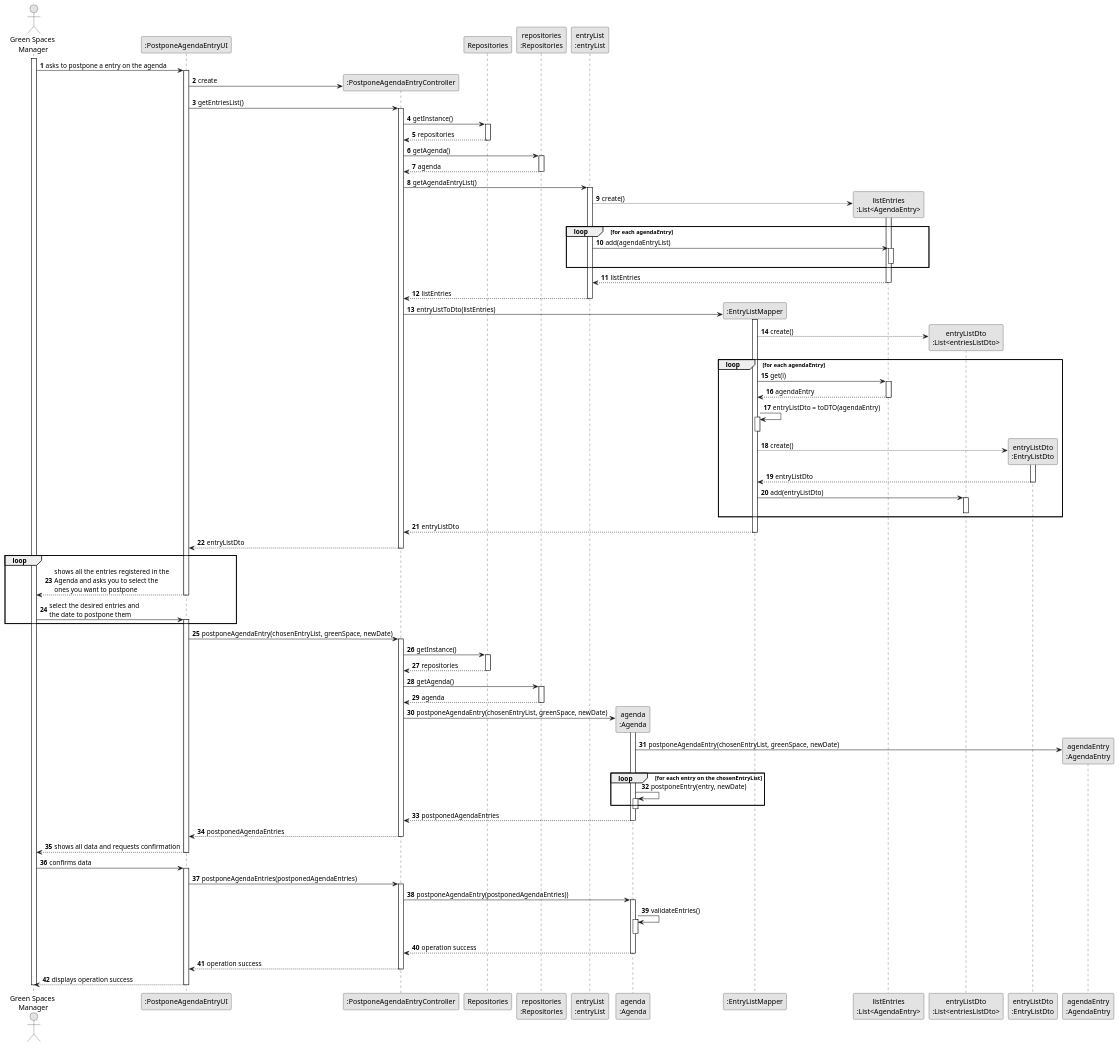
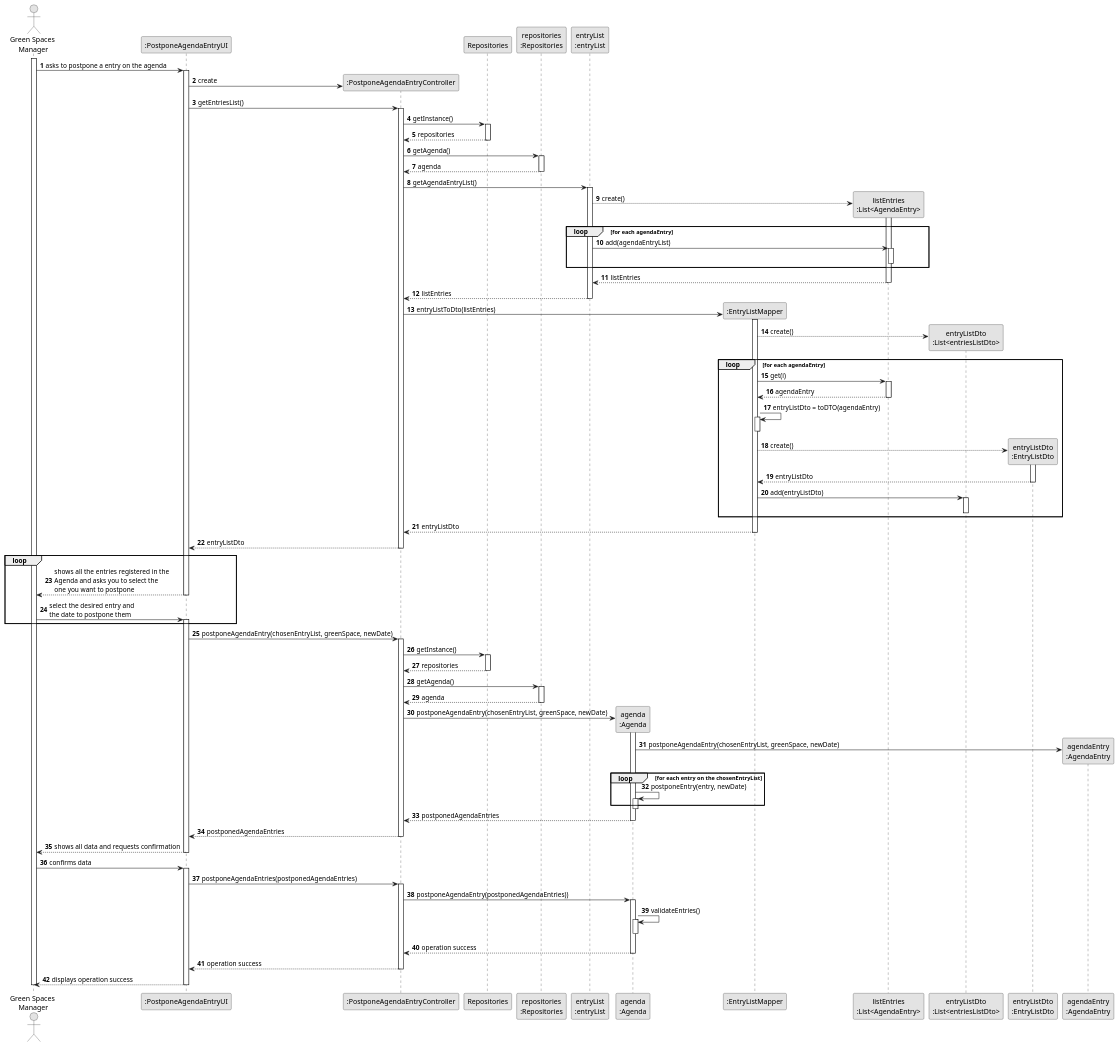
The diagram in docs/sprintC/us024/03.design/puml/us024-sequence-diagram-full.puml (diogoveirospro/lei-24-s2-1dg-g072), drawn with PlantUML before and after one commit. The commit also changed 21 other files, not shown here.

```diff
--- a/docs/sprintC/us024/03.design/puml/us024-sequence-diagram-full.puml
+++ b/docs/sprintC/us024/03.design/puml/us024-sequence-diagram-full.puml
@@ -1,165 +1,165 @@
 @startuml
 skinparam monochrome true
 skinparam packageStyle rectangle
 skinparam shadowing false
 
 autonumber
 
 'hide footbox
 actor "Green Spaces\n Manager" as GSM
 participant ":PostponeAgendaEntryUI" as UI
 participant ":PostponeAgendaEntryController" as CTRL
 participant Repositories
 participant "repositories\n:Repositories" as REP
 participant "entryList\n:entryList" as ENTRYLIST
 participant "agenda\n:Agenda" as AGENDA
 participant ":EntryListMapper" as ENTRYLISTMAPPER
 participant "listEntries\n:List<AgendaEntry>" as LISTENTRIES
 participant "entryListDto\n:List<entriesListDto>" as TODOLISTDTO
 participant "entryListDto\n:EntryListDto" as ENTRYLISTDTO
 participant "agendaEntry\n:AgendaEntry" as AGENDAENTRY
 
 activate GSM
 
     GSM -> UI : asks to postpone a entry on the agenda
     activate UI
 
         UI -> CTRL** : create
 
         UI -> CTRL : getEntriesList()
         activate CTRL
 
            CTRL -> Repositories: getInstance()
            activate Repositories
 
                 Repositories --> CTRL: repositories
            deactivate Repositories
 
            CTRL -> REP: getAgenda()
            activate REP
 
                 REP --> CTRL: agenda
            deactivate REP
 
             CTRL -> ENTRYLIST : getAgendaEntryList()
             activate ENTRYLIST
 
                     ENTRYLIST --> LISTENTRIES** : create()
                     activate LISTENTRIES
 
                         loop for each agendaEntry
                             ENTRYLIST -> LISTENTRIES : add(agendaEntryList)
                             activate LISTENTRIES
                             deactivate LISTENTRIES
                         end
 
                         LISTENTRIES --> ENTRYLIST : listEntries
                     deactivate LISTENTRIES
 
 
                 ENTRYLIST --> CTRL : listEntries
             deactivate ENTRYLIST
 
             CTRL -> ENTRYLISTMAPPER** : entryListToDto(listEntries)
             activate ENTRYLISTMAPPER
 
                 ENTRYLISTMAPPER --> TODOLISTDTO** : create()
 
                 loop for each agendaEntry
                     ENTRYLISTMAPPER -> LISTENTRIES : get(i)
                     activate LISTENTRIES
 
                     LISTENTRIES --> ENTRYLISTMAPPER : agendaEntry
                     deactivate LISTENTRIES
 
                     ENTRYLISTMAPPER -> ENTRYLISTMAPPER : entryListDto = toDTO(agendaEntry)
                     activate ENTRYLISTMAPPER
                     deactivate ENTRYLISTMAPPER
 
                     ENTRYLISTMAPPER --> ENTRYLISTDTO** : create()
                     activate ENTRYLISTDTO
 
                     ENTRYLISTDTO --> ENTRYLISTMAPPER : entryListDto
                     deactivate ENTRYLISTDTO
 
                     ENTRYLISTMAPPER -> TODOLISTDTO : add(entryListDto)
                     activate TODOLISTDTO
                     deactivate TODOLISTDTO
 
                 end
 
                 ENTRYLISTMAPPER --> CTRL : entryListDto
             deactivate ENTRYLISTMAPPER
 
             CTRL --> UI : entryListDto
         deactivate CTRL
         loop
-        UI --> GSM: shows all the entries registered in the \nAgenda and asks you to select the \nones you want to postpone
+        UI --> GSM: shows all the entries registered in the \nAgenda and asks you to select the \none you want to postpone
     deactivate UI
 
-    GSM -> UI: select the desired entries and \nthe date to postpone them
+    GSM -> UI: select the desired entry and \nthe date to postpone them
     activate UI
         end
 
 
         UI -> CTRL : postponeAgendaEntry(chosenEntryList, greenSpace, newDate)
         activate CTRL
 
             CTRL -> Repositories: getInstance()
             activate Repositories
 
                 Repositories --> CTRL: repositories
             deactivate Repositories
 
             CTRL -> REP: getAgenda()
             activate REP
 
                 REP --> CTRL: agenda
             deactivate REP
 
             CTRL -> AGENDA** : postponeAgendaEntry(chosenEntryList, greenSpace, newDate)
             activate AGENDA
 
                 AGENDA -> AGENDAENTRY** : postponeAgendaEntry(chosenEntryList, greenSpace, newDate)
                 loop for each entry on the chosenEntryList
                 AGENDA -> AGENDA : postponeEntry(entry, newDate)
                 activate AGENDA
                 end
                 deactivate AGENDA
                 deactivate AGENDAENTRY
 
                 AGENDA --> CTRL : postponedAgendaEntries
                 deactivate AGENDA
 
             CTRL --> UI : postponedAgendaEntries
             deactivate CTRL
 
         UI --> GSM: shows all data and requests confirmation
     deactivate UI
 
     GSM -> UI: confirms data
     activate UI
 
         UI -> CTRL : postponeAgendaEntries(postponedAgendaEntries)
         activate CTRL
 
             CTRL -> AGENDA : postponeAgendaEntry(postponedAgendaEntries))
             activate AGENDA
 
             AGENDA -> AGENDA : validateEntries()
             activate AGENDA
 
             deactivate AGENDA
 
             AGENDA --> CTRL : operation success
             deactivate AGENDA
 
             CTRL --> UI : operation success
         deactivate CTRL
 
         UI --> GSM: displays operation success
     deactivate UI
 
 deactivate GSM
 
 @enduml
```
